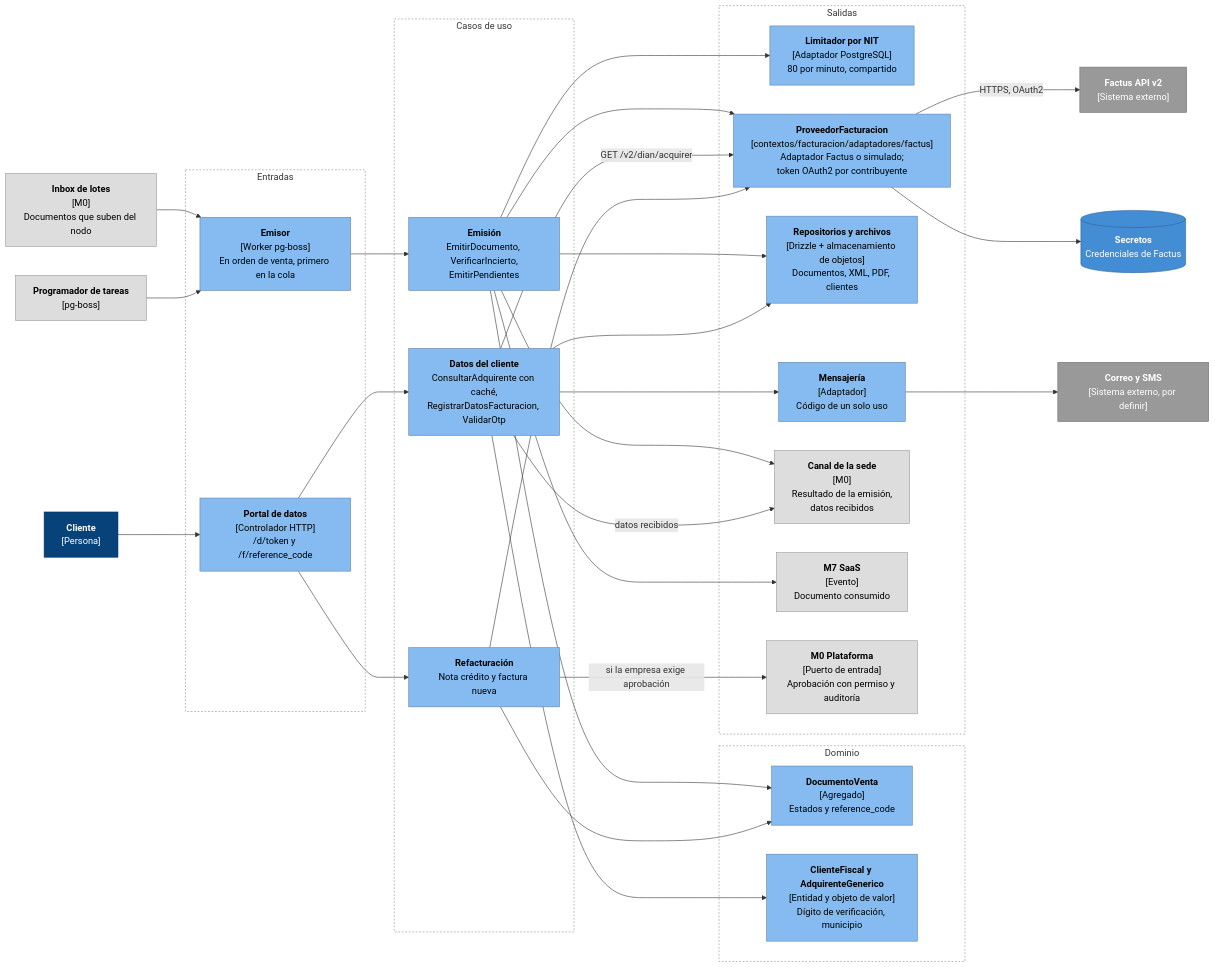
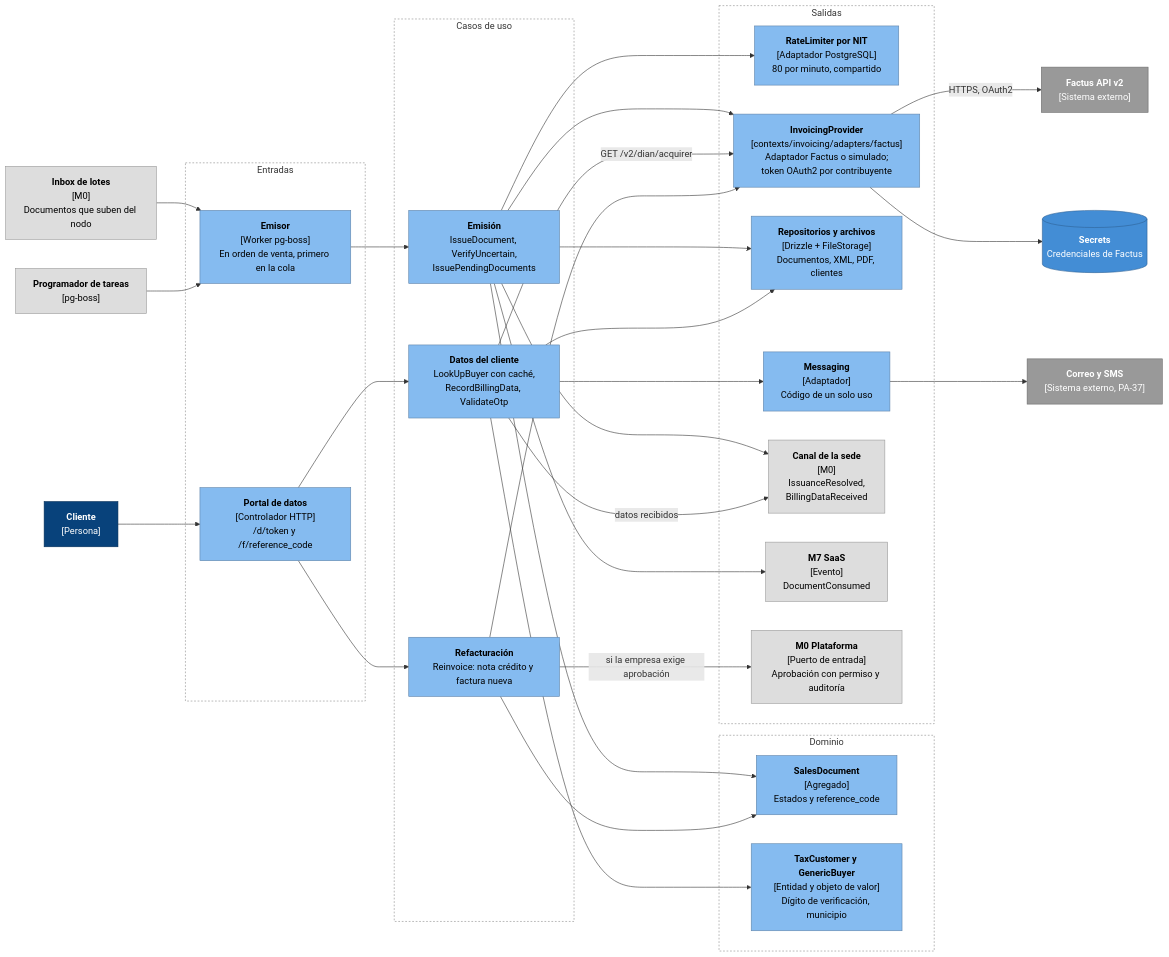
The second of 2 diagrams in docs/arquitectura/componentes/c4-m3-facturacion.md (CesarJOtizM/blackHole), drawn with Mermaid before and after one commit. The commit also changed other lines of this file and 159 other files, not shown here.

````diff
--- a/docs/arquitectura/componentes/c4-m3-facturacion.md
+++ b/docs/arquitectura/componentes/c4-m3-facturacion.md
@@ -75,74 +76,74 @@
 ```mermaid
 flowchart LR
   INB["<b>Inbox de lotes</b><br/>[M0]<br/>Documentos que suben del nodo"]:::modulo
   PRG["<b>Programador de tareas</b><br/>[pg-boss]"]:::modulo
-  CLI["<b>Cliente</b><br/>[Persona]"]:::persona
+  CUS["<b>Cliente</b><br/>[Persona]"]:::persona
 
-  subgraph Entradas["Entradas"]
-    WEM["<b>Emisor</b><br/>[Worker pg-boss]<br/>En orden de venta, primero en la cola"]:::componente
+  subgraph Inputs["Entradas"]
+    WIS["<b>Emisor</b><br/>[Worker pg-boss]<br/>En orden de venta, primero en la cola"]:::componente
     PDAT["<b>Portal de datos</b><br/>[Controlador HTTP]<br/>/d/token y /f/reference_code"]:::componente
   end
 
-  subgraph Aplicacion["Casos de uso"]
-    UC_EM["<b>Emisión</b><br/>EmitirDocumento, VerificarIncierto,<br/>EmitirPendientes"]:::componente
-    UC_CLI["<b>Datos del cliente</b><br/>ConsultarAdquirente con caché,<br/>RegistrarDatosFacturacion, ValidarOtp"]:::componente
-    UC_REF["<b>Refacturación</b><br/>Nota crédito y factura nueva"]:::componente
+  subgraph Application["Casos de uso"]
+    UC_ISS["<b>Emisión</b><br/>IssueDocument, VerifyUncertain,<br/>IssuePendingDocuments"]:::componente
+    UC_CUS["<b>Datos del cliente</b><br/>LookUpBuyer con caché,<br/>RecordBillingData, ValidateOtp"]:::componente
+    UC_REI["<b>Refacturación</b><br/>Reinvoice: nota crédito y factura nueva"]:::componente
   end
 
-  subgraph Dominio["Dominio"]
-    D_DOC["<b>DocumentoVenta</b><br/>[Agregado]<br/>Estados y reference_code"]:::componente
-    D_CLI["<b>ClienteFiscal y AdquirenteGenerico</b><br/>[Entidad y objeto de valor]<br/>Dígito de verificación, municipio"]:::componente
+  subgraph Domain["Dominio"]
+    D_DOC["<b>SalesDocument</b><br/>[Agregado]<br/>Estados y reference_code"]:::componente
+    D_CUS["<b>TaxCustomer y GenericBuyer</b><br/>[Entidad y objeto de valor]<br/>Dígito de verificación, municipio"]:::componente
   end
 
-  subgraph Salida["Salidas"]
-    RIT["<b>Limitador por NIT</b><br/>[Adaptador PostgreSQL]<br/>80 por minuto, compartido"]:::componente
-    PROV["<b>ProveedorFacturacion</b><br/>[contextos/facturacion/adaptadores/factus]<br/>Adaptador Factus o simulado;<br/>token OAuth2 por contribuyente"]:::componente
-    REPO["<b>Repositorios y archivos</b><br/>[Drizzle + almacenamiento de objetos]<br/>Documentos, XML, PDF, clientes"]:::componente
-    MSG["<b>Mensajería</b><br/>[Adaptador]<br/>Código de un solo uso"]:::componente
-    CAN["<b>Canal de la sede</b><br/>[M0]<br/>Resultado de la emisión,<br/>datos recibidos"]:::modulo
-    M7["<b>M7 SaaS</b><br/>[Evento]<br/>Documento consumido"]:::modulo
+  subgraph Outputs["Salidas"]
+    RTL["<b>RateLimiter por NIT</b><br/>[Adaptador PostgreSQL]<br/>80 por minuto, compartido"]:::componente
+    PROV["<b>InvoicingProvider</b><br/>[contexts/invoicing/adapters/factus]<br/>Adaptador Factus o simulado;<br/>token OAuth2 por contribuyente"]:::componente
+    REPO["<b>Repositorios y archivos</b><br/>[Drizzle + FileStorage]<br/>Documentos, XML, PDF, clientes"]:::componente
+    MSG["<b>Messaging</b><br/>[Adaptador]<br/>Código de un solo uso"]:::componente
+    CHN["<b>Canal de la sede</b><br/>[M0]<br/>IssuanceResolved,<br/>BillingDataReceived"]:::modulo
+    M7["<b>M7 SaaS</b><br/>[Evento]<br/>DocumentConsumed"]:::modulo
     M0["<b>M0 Plataforma</b><br/>[Puerto de entrada]<br/>Aprobación con permiso y auditoría"]:::modulo
   end
 
   FAC["<b>Factus API v2</b><br/>[Sistema externo]"]:::externo
-  CORREO["<b>Correo y SMS</b><br/>[Sistema externo, por definir]"]:::externo
-  SEC[("<b>Secretos</b><br/>Credenciales de Factus")]:::contenedor
+  MAIL["<b>Correo y SMS</b><br/>[Sistema externo, PA-37]"]:::externo
+  SEC[("<b>Secrets</b><br/>Credenciales de Factus")]:::contenedor
 
-  INB --> WEM
-  PRG --> WEM
-  CLI --> PDAT
+  INB --> WIS
+  PRG --> WIS
+  CUS --> PDAT
 
-  WEM --> UC_EM
-  PDAT --> UC_CLI
-  PDAT --> UC_REF
+  WIS --> UC_ISS
+  PDAT --> UC_CUS
+  PDAT --> UC_REI
 
-  UC_EM --> D_DOC
-  UC_REF --> D_DOC
-  UC_CLI --> D_CLI
+  UC_ISS --> D_DOC
+  UC_REI --> D_DOC
+  UC_CUS --> D_CUS
 
-  UC_EM --> RIT
-  UC_EM --> PROV
-  UC_EM --> REPO
-  UC_EM --> CAN
-  UC_EM --> M7
-  UC_CLI -- "GET /v2/dian/acquirer" --> PROV
-  UC_CLI --> REPO
-  UC_CLI --> MSG
-  UC_CLI -- "datos recibidos" --> CAN
-  UC_REF --> PROV
-  UC_REF -- "si la empresa exige aprobación" --> M0
+  UC_ISS --> RTL
+  UC_ISS --> PROV
+  UC_ISS --> REPO
+  UC_ISS --> CHN
+  UC_ISS --> M7
+  UC_CUS -- "GET /v2/dian/acquirer" --> PROV
+  UC_CUS --> REPO
+  UC_CUS --> MSG
+  UC_CUS -- "datos recibidos" --> CHN
+  UC_REI --> PROV
+  UC_REI -- "si la empresa exige aprobación" --> M0
 
   PROV -- "HTTPS, OAuth2" --> FAC
   PROV --> SEC
-  MSG --> CORREO
+  MSG --> MAIL
 
   classDef persona fill:#08427b,stroke:#052e56,color:#fff
   classDef componente fill:#85bbf0,stroke:#5d82a8,color:#000
   classDef contenedor fill:#438dd5,stroke:#2e6295,color:#fff
   classDef modulo fill:#dddddd,stroke:#999999,color:#000
   classDef externo fill:#999999,stroke:#6b6b6b,color:#fff
-  style Entradas fill:none,stroke:#888,stroke-dasharray: 3 3
-  style Aplicacion fill:none,stroke:#888,stroke-dasharray: 3 3
-  style Dominio fill:none,stroke:#888,stroke-dasharray: 3 3
-  style Salida fill:none,stroke:#888,stroke-dasharray: 3 3
+  style Inputs fill:none,stroke:#888,stroke-dasharray: 3 3
+  style Application fill:none,stroke:#888,stroke-dasharray: 3 3
+  style Domain fill:none,stroke:#888,stroke-dasharray: 3 3
+  style Outputs fill:none,stroke:#888,stroke-dasharray: 3 3
 ```
````
